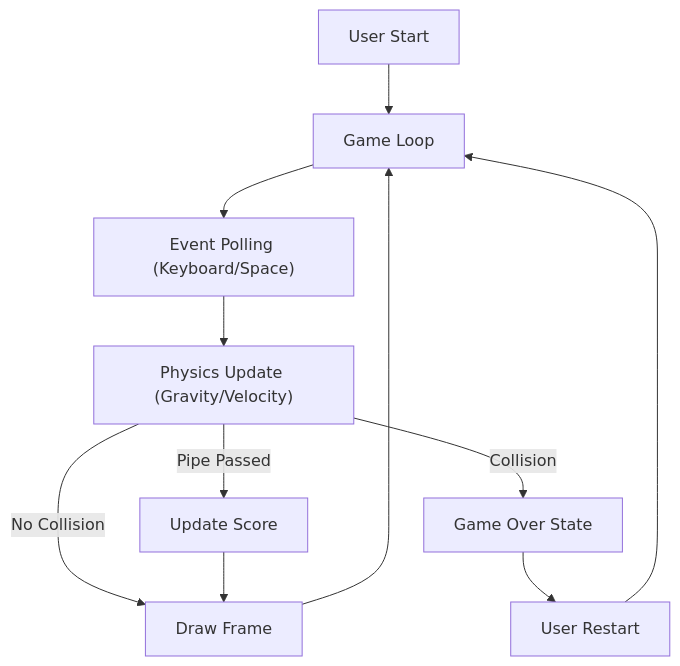
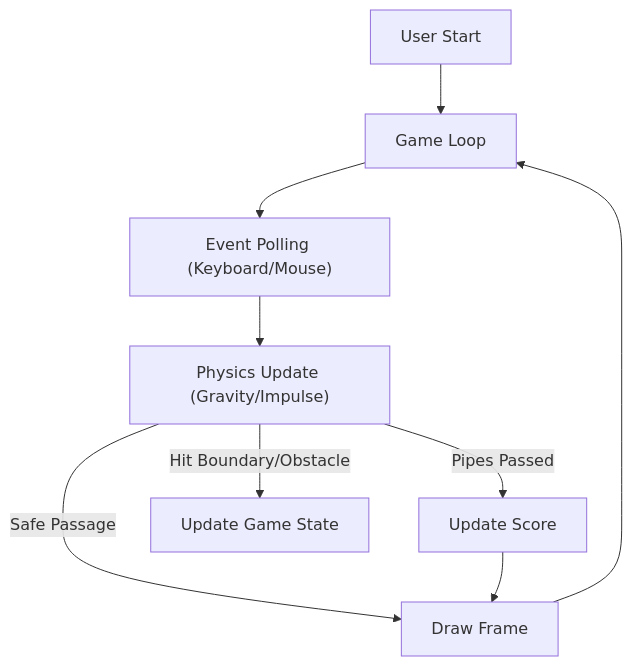
Before and after one commit to Amey-Thakur/FLAPPY-BIRD-USING-PYGAME: the diagram in docs/SPECIFICATION.md, drawn with Mermaid. The commit also changed other lines of this file and 4 other files, not shown here.

````diff
--- a/docs/SPECIFICATION.md
+++ b/docs/SPECIFICATION.md
@@ -9,13 +9,11 @@
 ```mermaid
 graph TD
     Start["User Start"] --> Loop["Game Loop"]
-    Loop --> Input["Event Polling (Keyboard/Space)"]
-    Input --> Update["Physics Update (Gravity/Velocity)"]
-    Update -->|Pipe Passed| Score["Update Score"]
-    Update -->|Collision| GameOver["Game Over State"]
-    Update -->|No Collision| Render["Draw Frame"]
+    Loop --> Input["Event Polling (Keyboard/Mouse)"]
+    Input --> Update["Physics Update (Gravity/Impulse)"]
+    Update -->|Pipes Passed| Score["Update Score"]
+    Update -->|Hit Boundary/Obstacle| GameOver["Update Game State"]
+    Update -->|Safe Passage| Render["Draw Frame"]
     Score --> Render
     Render --> Loop
-    GameOver --> Restart["User Restart"]
-    Restart --> Loop
 ```
````
